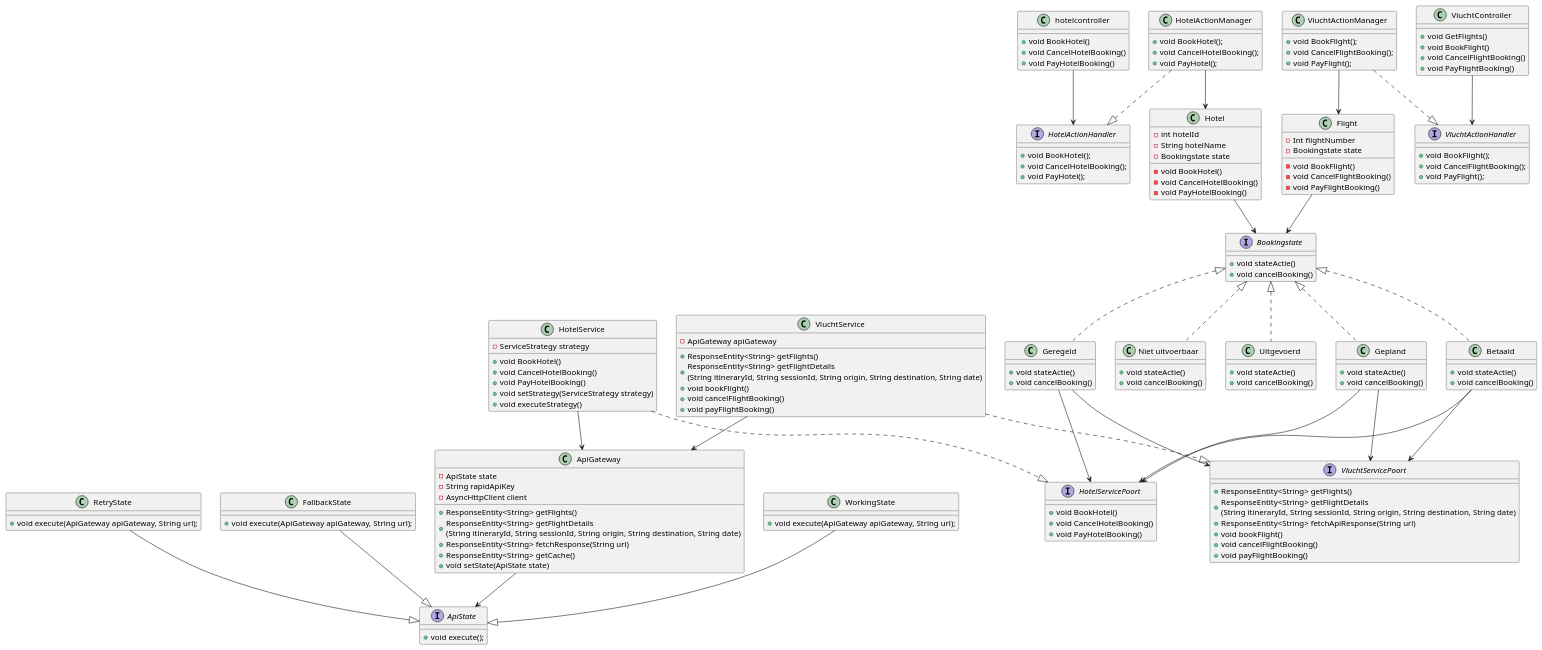
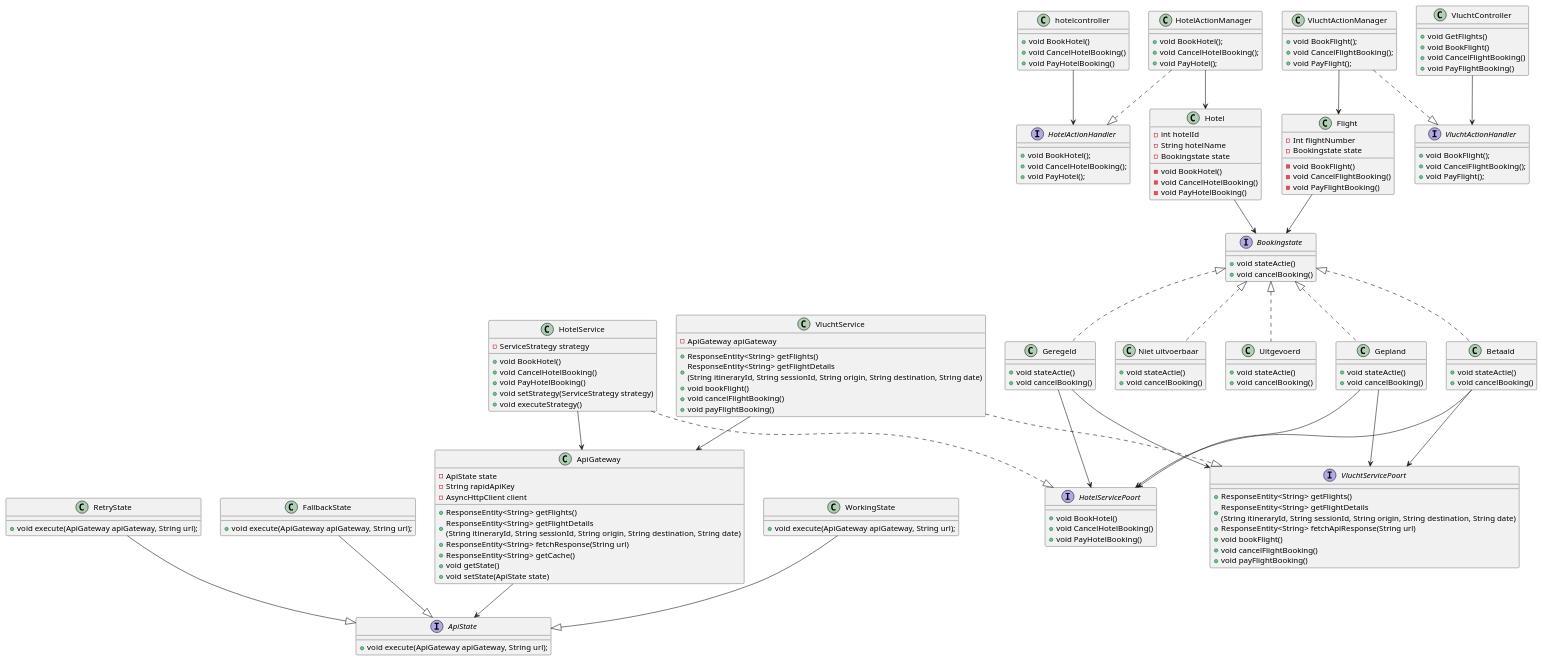
One commit to AIM-ENE-feb25/triptop-groep-b4 changed the diagram in prototypes/groepB4/src/main/java/triptop/groepB4/diagrammen/state_pattern_class_diagram.puml. Above: the diagram before and after it, drawn with PlantUML. The commit also changed 2 other files, not shown here.

Commit message:
state diagram

```diff
--- a/prototypes/groepB4/src/main/java/triptop/groepB4/diagrammen/state_pattern_class_diagram.puml
+++ b/prototypes/groepB4/src/main/java/triptop/groepB4/diagrammen/state_pattern_class_diagram.puml
@@ -1,158 +1,159 @@
 @startuml
 
 'interfaces
 interface "HotelActionHandler"{
 + void BookHotel();
 + void CancelHotelBooking();
 + void PayHotel();
 }
 interface "VluchtActionHandler"{
 + void BookFlight();
 + void CancelFlightBooking();
 + void PayFlight();
 }
 interface "VluchtServicePoort"{
 + ResponseEntity<String> getFlights()
 + ResponseEntity<String> getFlightDetails\n(String itineraryId, String sessionId, String origin, String destination, String date)
 + ResponseEntity<String> fetchApiResponse(String url)
 + void bookFlight()
 + void cancelFlightBooking()
 + void payFlightBooking()
 }
 interface "HotelServicePoort"{
 + void BookHotel()
 + void CancelHotelBooking()
 + void PayHotelBooking()
 }
 interface "Bookingstate" {
 + void stateActie()
 + void cancelBooking()
 }
 interface ApiState {
-    + void execute();
++ void execute(ApiGateway apiGateway, String url);
 }
 'classes
 class "hotelcontroller" {
 + void BookHotel()
 + void CancelHotelBooking()
 + void PayHotelBooking()
 }
 class "HotelService"{
 - ServiceStrategy strategy
 + void BookHotel()
 + void CancelHotelBooking()
 + void PayHotelBooking()
 + void setStrategy(ServiceStrategy strategy)
 + void executeStrategy()
 }
 class "VluchtController"{
 + void GetFlights()
 + void BookFlight()
 + void CancelFlightBooking()
 + void PayFlightBooking()
 }
 class "VluchtService"{
 - ApiGateway apiGateway
 + ResponseEntity<String> getFlights()
 + ResponseEntity<String> getFlightDetails\n(String itineraryId, String sessionId, String origin, String destination, String date)
 + void bookFlight()
 + void cancelFlightBooking()
 + void payFlightBooking()
 }
 class WorkingState {
     + void execute(ApiGateway apiGateway, String url);
 }
 class RetryState {
     + void execute(ApiGateway apiGateway, String url);
 }
 
 class FallbackState {
     + void execute(ApiGateway apiGateway, String url);
 }
 class ApiGateway{
     - ApiState state
     - String rapidApiKey
     - AsyncHttpClient client
     + ResponseEntity<String> getFlights()
     + ResponseEntity<String> getFlightDetails\n(String itineraryId, String sessionId, String origin, String destination, String date)
     + ResponseEntity<String> fetchResponse(String url)
     + ResponseEntity<String> getCache()
+    + void getState()
     + void setState(ApiState state)
 }
 
 class "HotelActionManager"{
 + void BookHotel();
 + void CancelHotelBooking();
 + void PayHotel();
 }
 class "VluchtActionManager"{
 + void BookFlight();
 + void CancelFlightBooking();
 + void PayFlight();
 }
 class "Gepland" {
 + void stateActie()
 + void cancelBooking()
 }
 class "Geregeld" {
 + void stateActie()
 + void cancelBooking()
 }
 class "Betaald" {
 + void stateActie()
 + void cancelBooking()
 }
 class "Niet uitvoerbaar" {
 + void stateActie()
 + void cancelBooking()
 }
 class "Uitgevoerd" {
 + void stateActie()
 + void cancelBooking()
 }
 class "Hotel" {
 - int hotelId
 - String hotelName
 - Bookingstate state
 - void BookHotel()
 - void CancelHotelBooking()
 - void PayHotelBooking()
 }
 class "Flight" {
 - Int flightNumber
 - Bookingstate state
 - void BookFlight()
 - void CancelFlightBooking()
 - void PayFlightBooking()
 }
 
 'relaties
 "hotelcontroller" --> "HotelActionHandler"
 "HotelService" 	..|> "HotelServicePoort"
 "VluchtController" --> "VluchtActionHandler"
 "VluchtService" ..|> "VluchtServicePoort"
 "VluchtService" --> "ApiGateway"
 "HotelService" --> "ApiGateway"
 "HotelActionManager" ..|> "HotelActionHandler"
 "VluchtActionManager" ..|> "VluchtActionHandler"
 "Gepland" --> "HotelServicePoort"
 "Gepland" --> "VluchtServicePoort"
 "Geregeld" --> "HotelServicePoort"
 "Geregeld" --> "VluchtServicePoort"
 "Betaald" --> "HotelServicePoort"
 "Betaald" --> "VluchtServicePoort"
 "Flight" --> "Bookingstate"
 "Hotel" --> "Bookingstate"
 "Bookingstate" <|.. "Gepland"
 "Bookingstate" <|.. "Geregeld"
 "Bookingstate" <|.. "Betaald"
 "Bookingstate" <|.. "Niet uitvoerbaar"
 "Bookingstate" <|.. "Uitgevoerd"
 "VluchtActionManager" --> "Flight"
 "HotelActionManager" --> "Hotel"
 "ApiGateway" --> "ApiState"
 "WorkingState" --|> "ApiState"
 "RetryState" --|> "ApiState"
 "FallbackState" --|> "ApiState"
 
 @enduml
```
